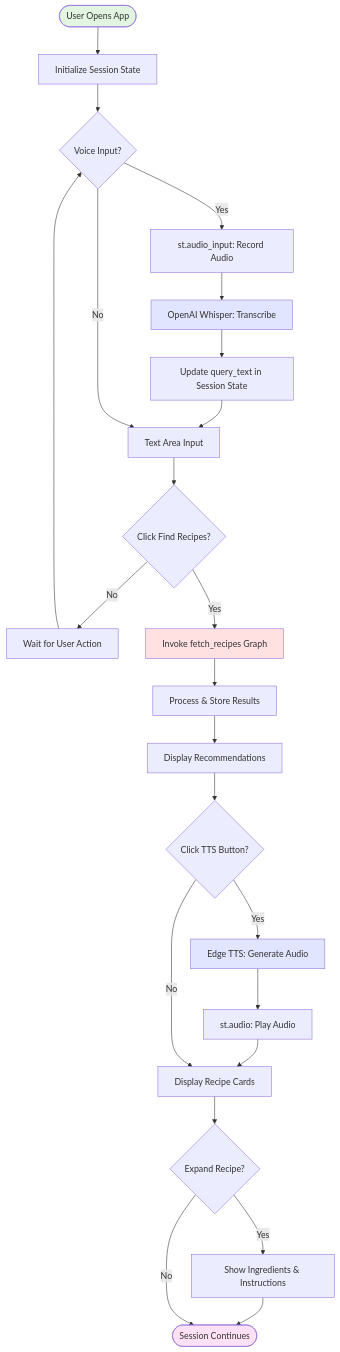
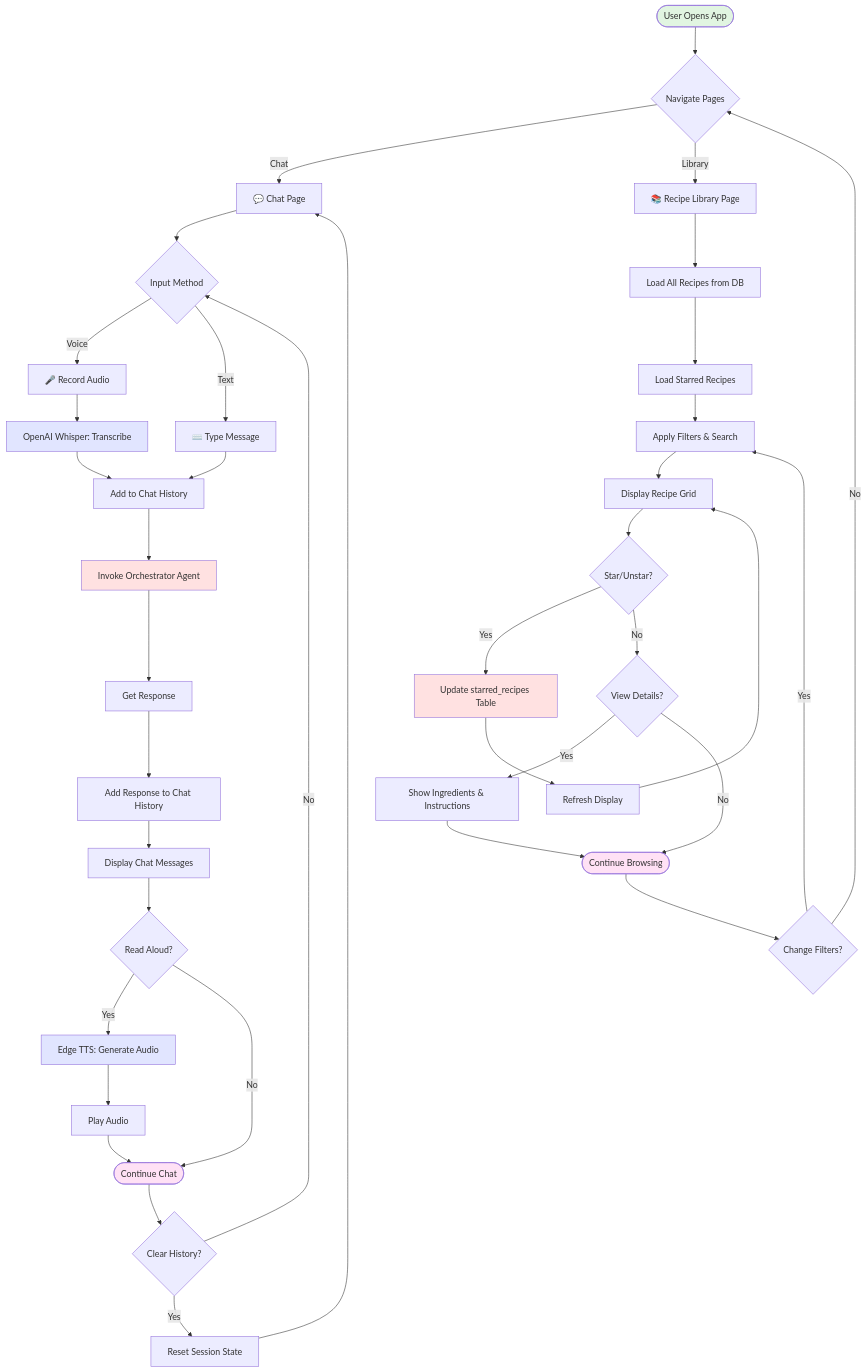
Before and after one commit to RyanJuricic26/chef-ai: the first of 6 diagrams in docs/app_diagram.md, drawn with Mermaid. The commit also changed other lines of this file and 3 other files, not shown here.

````diff
--- a/docs/app_diagram.md
+++ b/docs/app_diagram.md
@@ -27,37 +40,60 @@
 ```mermaid
 graph TD
-    Start([User Opens App]) --> Init[Initialize Session State]
-    Init --> VoiceInput{Voice Input?}
+    Start([User Opens App]) --> Pages{Navigate Pages}
 
-    VoiceInput -->|Yes| AudioRecord[st.audio_input: Record Audio]
-    AudioRecord --> Whisper[OpenAI Whisper: Transcribe]
-    Whisper --> UpdateText[Update query_text in Session State]
-    UpdateText --> TextArea
+    Pages -->|Chat| ChatPage[💬 Chat Page]
+    Pages -->|Library| LibraryPage[📚 Recipe Library Page]
 
-    VoiceInput -->|No| TextArea[Text Area Input]
+    %% Chat Page Flow
+    ChatPage --> ChatInput{Input Method}
+    ChatInput -->|Voice| VoiceRecord[🎤 Record Audio]
+    ChatInput -->|Text| TextInput[⌨️ Type Message]
 
-    TextArea --> FindButton{Click Find Recipes?}
-    FindButton -->|No| Wait[Wait for User Action]
-    Wait --> VoiceInput
+    VoiceRecord --> Whisper[OpenAI Whisper: Transcribe]
+    Whisper --> AddToHistory1[Add to Chat History]
+    TextInput --> AddToHistory1
 
-    FindButton -->|Yes| InvokeGraph[Invoke fetch_recipes Graph]
-    InvokeGraph --> ProcessResults[Process & Store Results]
-    ProcessResults --> DisplayRecs[Display Recommendations]
+    AddToHistory1 --> InvokeOrch[Invoke Orchestrator Agent]
+    InvokeOrch --> GetResponse[Get Response]
+    GetResponse --> AddToHistory2[Add Response to Chat History]
+    AddToHistory2 --> DisplayChat[Display Chat Messages]
 
-    DisplayRecs --> TTSButton{Click TTS Button?}
-    TTSButton -->|Yes| EdgeTTS[Edge TTS: Generate Audio]
-    EdgeTTS --> PlayAudio[st.audio: Play Audio]
-    PlayAudio --> DisplayRecipes
+    DisplayChat --> TTSOption{Read Aloud?}
+    TTSOption -->|Yes| EdgeTTS[Edge TTS: Generate Audio]
+    EdgeTTS --> PlayAudio[Play Audio]
+    PlayAudio --> ChatContinue([Continue Chat])
+    TTSOption -->|No| ChatContinue
 
-    TTSButton -->|No| DisplayRecipes[Display Recipe Cards]
-    DisplayRecipes --> ExpandRecipe{Expand Recipe?}
+    ChatContinue --> ClearChat{Clear History?}
+    ClearChat -->|Yes| ResetChat[Reset Session State]
+    ResetChat --> ChatPage
+    ClearChat -->|No| ChatInput
+
+    %% Library Page Flow
+    LibraryPage --> LoadRecipes[Load All Recipes from DB]
+    LoadRecipes --> LoadStars[Load Starred Recipes]
+    LoadStars --> ApplyFilters[Apply Filters & Search]
+
+    ApplyFilters --> DisplayGrid[Display Recipe Grid]
+    DisplayGrid --> StarAction{Star/Unstar?}
+    StarAction -->|Yes| UpdateDB[Update starred_recipes Table]
+    UpdateDB --> RefreshGrid[Refresh Display]
+    RefreshGrid --> DisplayGrid
+
+    StarAction -->|No| ExpandRecipe{View Details?}
     ExpandRecipe -->|Yes| ShowDetails[Show Ingredients & Instructions]
-    ShowDetails --> End([Session Continues])
-    ExpandRecipe -->|No| End
+    ShowDetails --> LibraryContinue([Continue Browsing])
+    ExpandRecipe -->|No| LibraryContinue
+
+    LibraryContinue --> ChangeFilters{Change Filters?}
+    ChangeFilters -->|Yes| ApplyFilters
+    ChangeFilters -->|No| Pages
 
     style Start fill:#e1f5e1
-    style InvokeGraph fill:#ffe1e1
+    style InvokeOrch fill:#ffe1e1
+    style UpdateDB fill:#ffe1e1
     style EdgeTTS fill:#e1e5ff
     style Whisper fill:#e1e5ff
-    style End fill:#ffe1f5
+    style ChatContinue fill:#ffe1f5
+    style LibraryContinue fill:#ffe1f5
 ```
````
